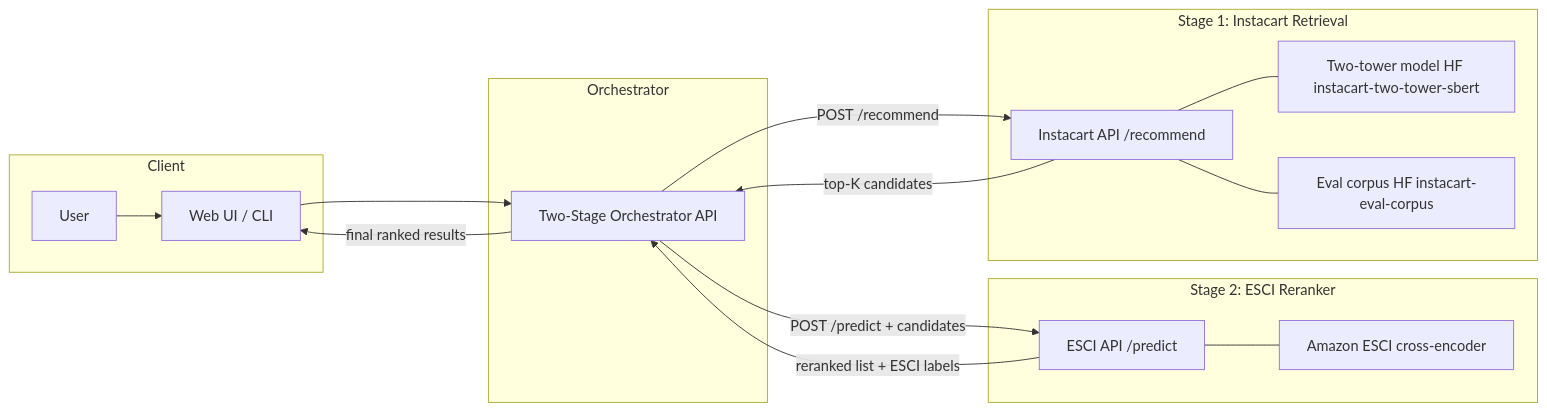
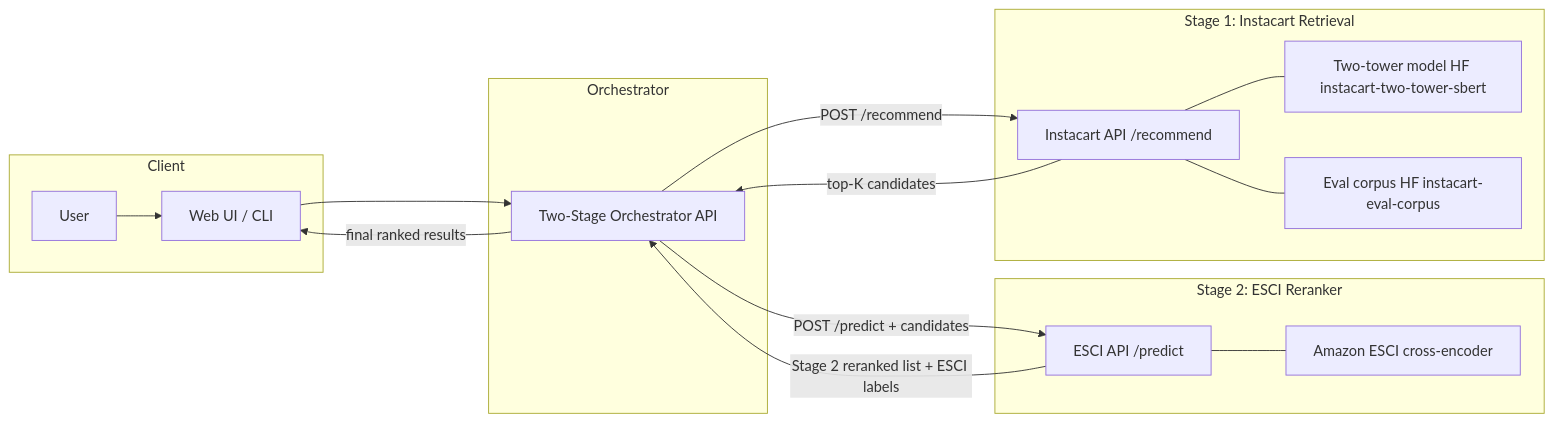
One commit to chen-bowen/Hybrid-E-commerce-Search changed the diagram in README.md. Above: the diagram before and after it, drawn with Mermaid. The commit also changed other lines of this file and 1 other file, not shown here.

````diff
--- a/README.md
+++ b/README.md
@@ -114,33 +114,33 @@
 ```mermaid
 flowchart LR
   subgraph Client
     user[User]
     ui[Web UI / CLI]
   end
 
   subgraph Orchestrator
     orchestrator[Two-Stage Orchestrator API]
   end
 
   subgraph Stage2["Stage 2: ESCI Reranker"]
     s2api[ESCI API /predict]
     s2model[Amazon ESCI cross-encoder]
   end
 
   subgraph Stage1["Stage 1: Instacart Retrieval"]
     s1api[Instacart API /recommend]
     s1model[Two-tower model HF instacart-two-tower-sbert]
     s1corpus[Eval corpus HF instacart-eval-corpus]
   end
 
   user --> ui --> orchestrator
   orchestrator -->|POST /recommend| s1api
   s1api -->|top-K candidates| orchestrator
   orchestrator -->|POST /predict + candidates| s2api
-  s2api -->|reranked list + ESCI labels| orchestrator
+  s2api -->|Stage 2 reranked list + ESCI labels| orchestrator
   orchestrator -->|final ranked results| ui
 
   s1api --- s1model
   s1api --- s1corpus
   s2api --- s2model
 ```
````
